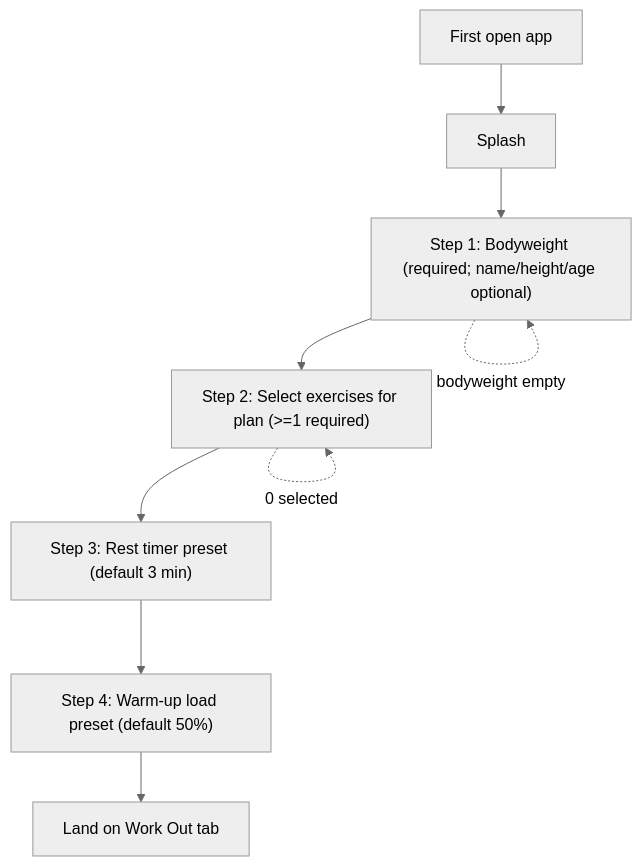
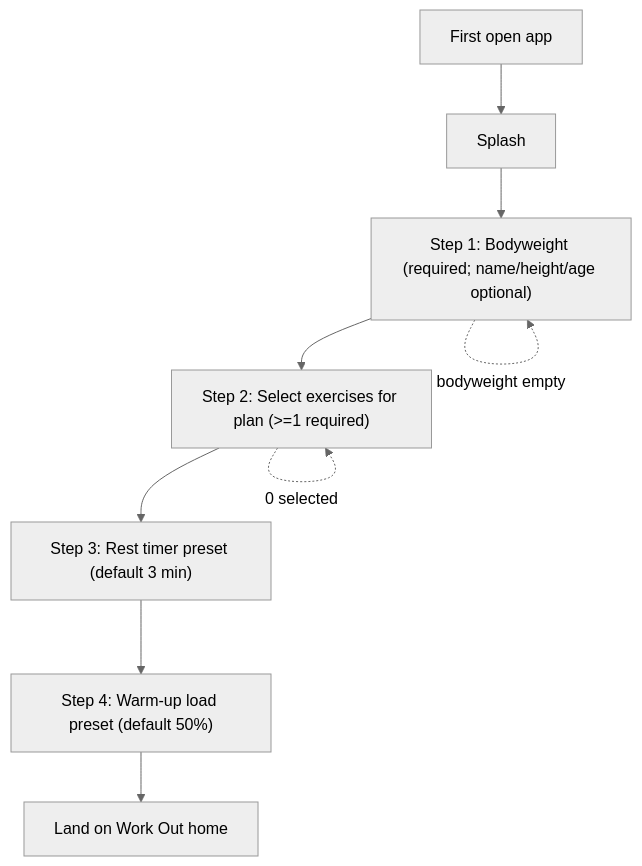
One commit to harsh-language/ultraload-expo changed the first of 5 diagrams in docs/application-blueprint/blueprint.md. Above: the diagram before and after it, drawn with Mermaid (neutral theme). The commit also changed other lines of this file and 43 other files, not shown here.

````diff
--- a/docs/application-blueprint/blueprint.md
+++ b/docs/application-blueprint/blueprint.md
@@ -82,11 +82,11 @@
 ```mermaid
 flowchart TD
   open["First open app"] --> splash["Splash"]
   splash --> bw["Step 1: Bodyweight (required; name/height/age optional)"]
   bw --> pickEx["Step 2: Select exercises for plan (>=1 required)"]
   pickEx --> rest["Step 3: Rest timer preset (default 3 min)"]
   rest --> warmup["Step 4: Warm-up load preset (default 50%)"]
-  warmup --> ready["Land on Work Out tab"]
+  warmup --> ready["Land on Work Out home"]
   bw -. "bodyweight empty" .-> bw
   pickEx -. "0 selected" .-> pickEx
 ```
````
